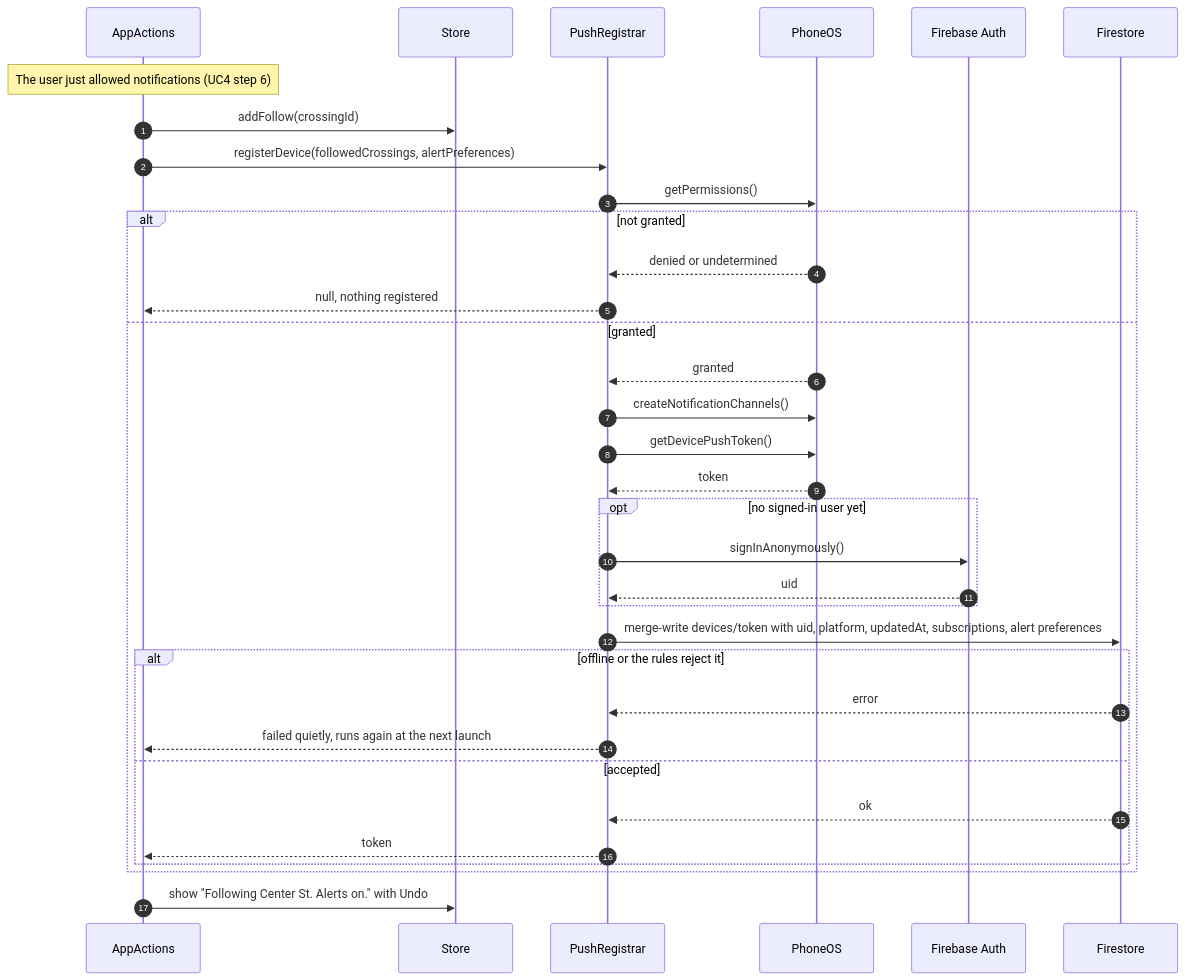
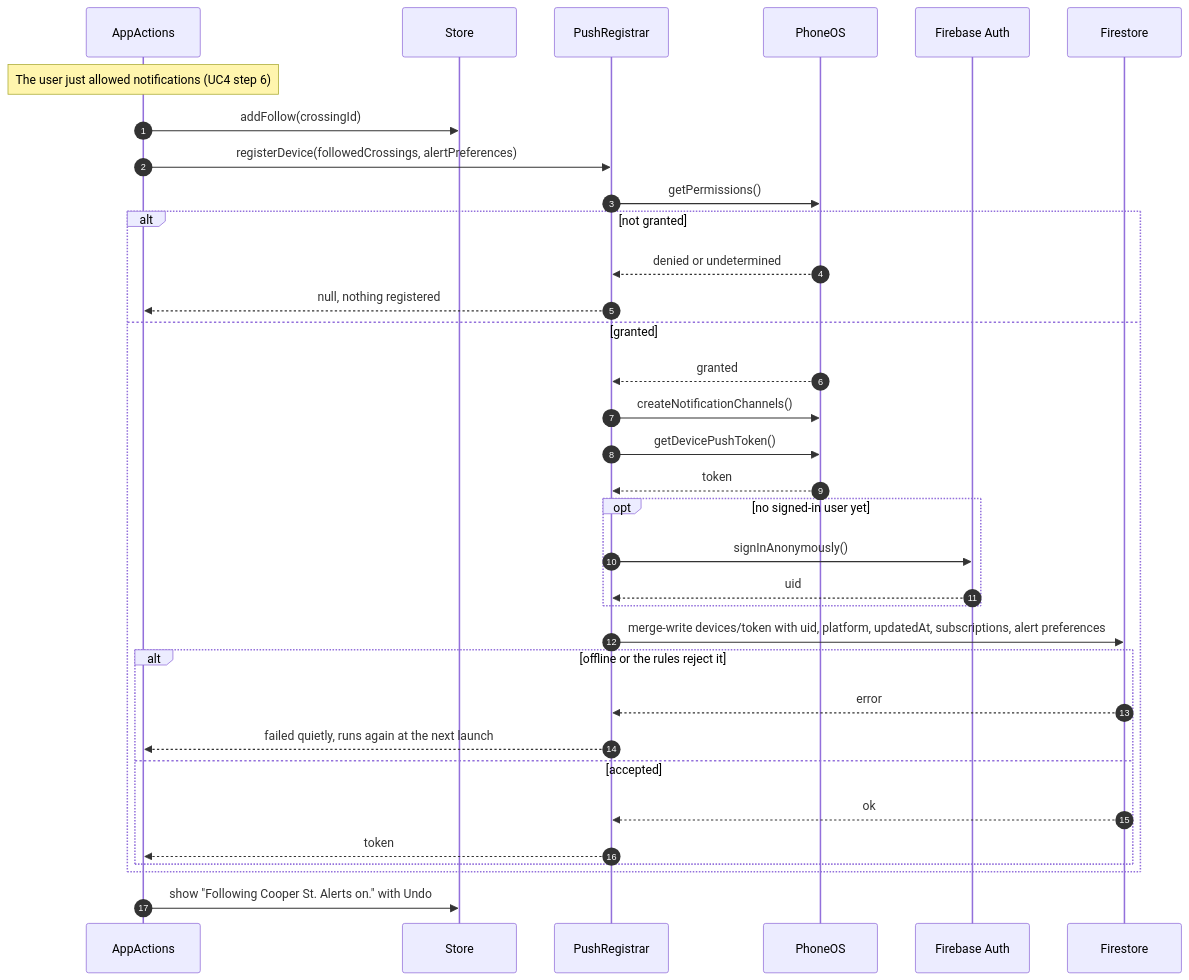
One commit to Fcorre000/mavradar changed the eighth of 11 diagrams in docs/artifacts/blueprint/05_sequence_diagrams.md. Above: the diagram before and after it, drawn with Mermaid. The commit also changed other lines of this file and 20 other files, not shown here.

````diff
--- a/docs/artifacts/blueprint/05_sequence_diagrams.md
+++ b/docs/artifacts/blueprint/05_sequence_diagrams.md
@@ -402,37 +402,37 @@
 ```mermaid
 sequenceDiagram
     autonumber
     participant AA as AppActions
     participant ST as Store
     participant PR as PushRegistrar
     participant OS as PhoneOS
     participant AU as Firebase Auth
     participant FS as Firestore
 
     Note over AA: The user just allowed notifications (UC4 step 6)
     AA->>ST: addFollow(crossingId)
     AA->>PR: registerDevice(followedCrossings, alertPreferences)
     PR->>OS: getPermissions()
     alt not granted
         OS-->>PR: denied or undetermined
         PR-->>AA: null, nothing registered
     else granted
         OS-->>PR: granted
         PR->>OS: createNotificationChannels()
         PR->>OS: getDevicePushToken()
         OS-->>PR: token
         opt no signed-in user yet
             PR->>AU: signInAnonymously()
             AU-->>PR: uid
         end
         PR->>FS: merge-write devices/token with uid, platform, updatedAt, subscriptions, alert preferences
         alt offline or the rules reject it
             FS-->>PR: error
             PR-->>AA: failed quietly, runs again at the next launch
         else accepted
             FS-->>PR: ok
             PR-->>AA: token
         end
     end
-    AA->>ST: show "Following Center St. Alerts on." with Undo
+    AA->>ST: show "Following Cooper St. Alerts on." with Undo
 ```
````
